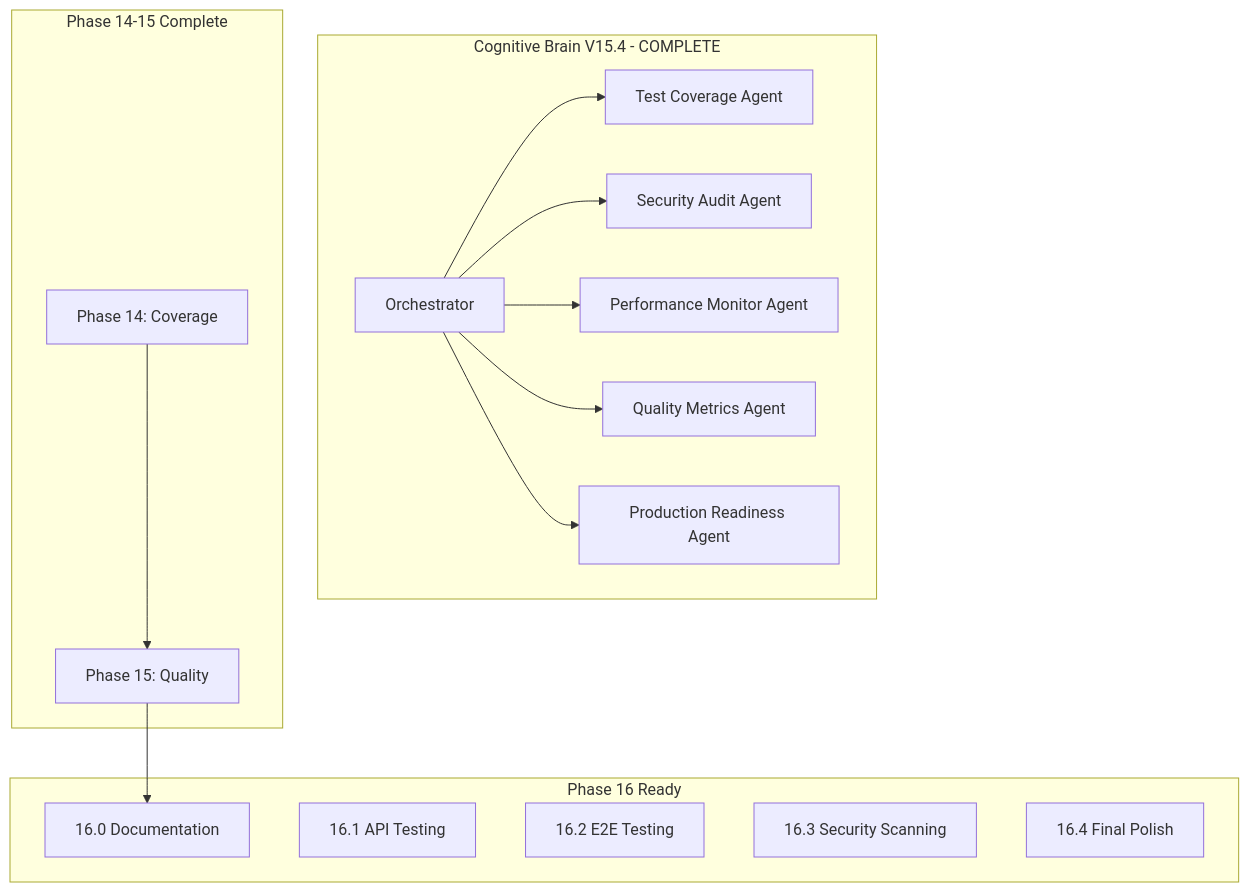
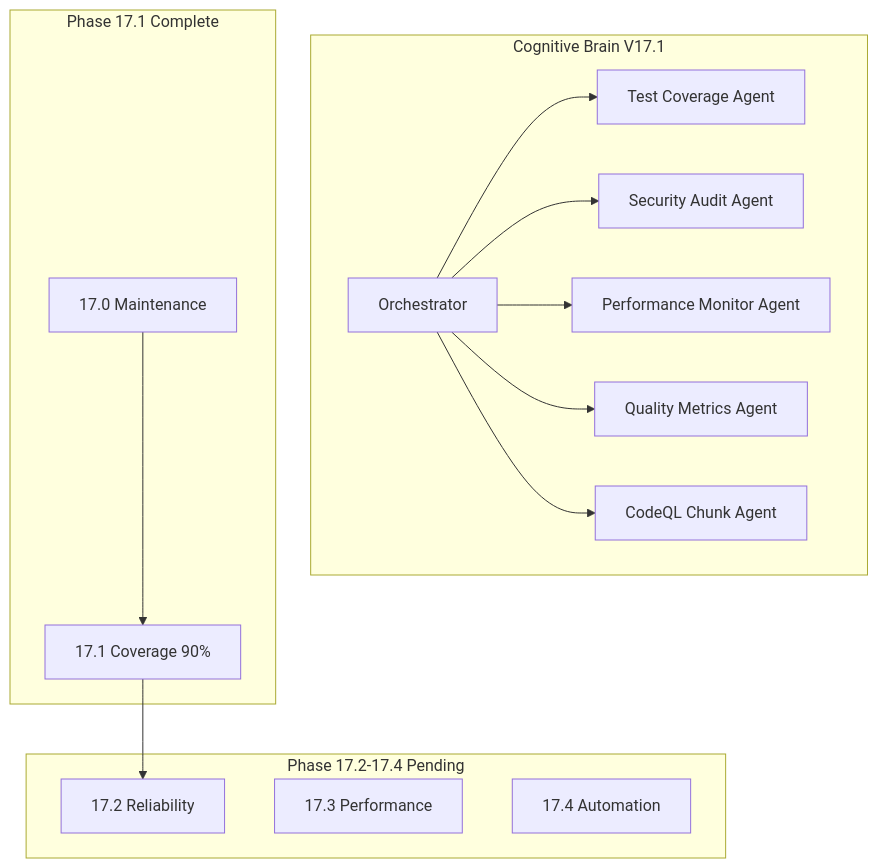
Before and after one commit to Aries-Serpent/_codex_: the diagram in COGNITIVE_BRAIN_STATUS_V17_IN_PROGRESS.md, drawn with Mermaid. The commit also changed other lines of this file and 4 other files, not shown here.

First line of the commit message:
Phase 17.1: Increase coverage to 90%, create CodeQL chunking plan

````diff
--- a/COGNITIVE_BRAIN_STATUS_V17_IN_PROGRESS.md
+++ b/COGNITIVE_BRAIN_STATUS_V17_IN_PROGRESS.md
@@ -163,25 +148,23 @@
 ```mermaid
 graph TD
-    subgraph "Cognitive Brain V15.4 - COMPLETE"
+    subgraph "Cognitive Brain V17.1"
         CB[Orchestrator]
         CB --> TCA[Test Coverage Agent]
         CB --> SAA[Security Audit Agent]
         CB --> PMA[Performance Monitor Agent]
         CB --> QMA[Quality Metrics Agent]
-        CB --> PRA[Production Readiness Agent]
+        CB --> CQA[CodeQL Chunk Agent]
     end
     
-    subgraph "Phase 14-15 Complete"
-        P14[Phase 14: Coverage] --> P15[Phase 15: Quality]
+    subgraph "Phase 17.1 Complete"
+        P17_0[17.0 Maintenance] --> P17_1[17.1 Coverage 90%]
     end
     
-    subgraph "Phase 16 Ready"
-        P16_0[16.0 Documentation]
-        P16_1[16.1 API Testing]
-        P16_2[16.2 E2E Testing]
-        P16_3[16.3 Security Scanning]
-        P16_4[16.4 Final Polish]
+    subgraph "Phase 17.2-17.4 Pending"
+        P17_2[17.2 Reliability]
+        P17_3[17.3 Performance]
+        P17_4[17.4 Automation]
     end
     
-    P15 --> P16_0
+    P17_1 --> P17_2
 ```
````
